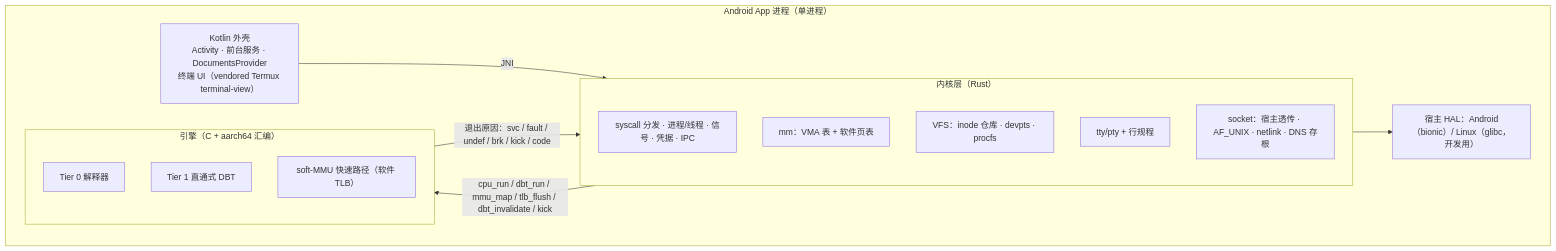
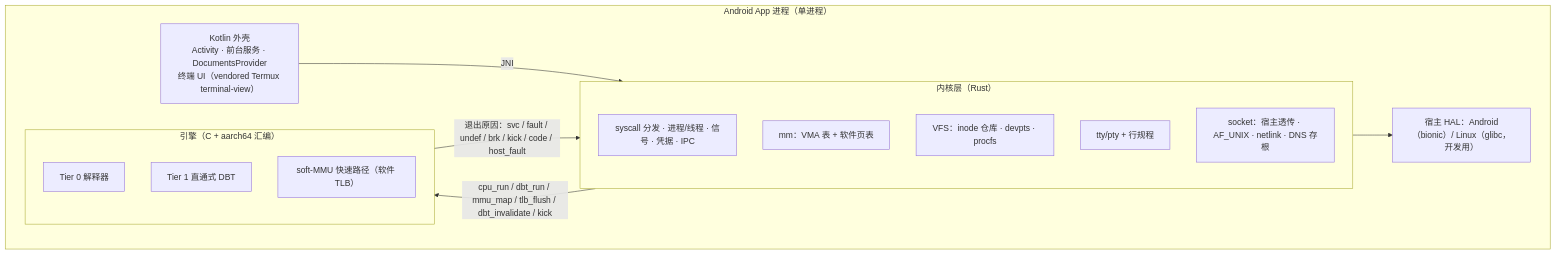
Before and after one commit to ferstar/appine: the diagram in docs/design.md, drawn with Mermaid. The commit also changed other lines of this file and 31 other files, not shown here.

````diff
--- a/docs/design.md
+++ b/docs/design.md
@@ -72,23 +72,23 @@
 ```mermaid
 flowchart TB
     subgraph APP["Android App 进程（单进程）"]
         UI["Kotlin 外壳<br/>Activity · 前台服务 · DocumentsProvider<br/>终端 UI（vendored Termux terminal-view）"]
         subgraph KERNEL["内核层（Rust）"]
             SYS["syscall 分发 · 进程/线程 · 信号 · 凭据 · IPC"]
             MM["mm：VMA 表 + 软件页表"]
             VFS["VFS：inode 仓库 · devpts · procfs"]
             TTY["tty/pty + 行规程"]
             NET["socket：宿主透传 · AF_UNIX · netlink · DNS 存根"]
         end
         subgraph ENGINE["引擎（C + aarch64 汇编）"]
             T0["Tier 0 解释器"]
             T1["Tier 1 直通式 DBT"]
             SMMU["soft-MMU 快速路径（软件 TLB）"]
         end
         HAL["宿主 HAL：Android（bionic）/ Linux（glibc，开发用）"]
     end
     UI -- JNI --> KERNEL
-    ENGINE -- "退出原因：svc / fault / undef / brk / kick / code" --> KERNEL
+    ENGINE -- "退出原因：svc / fault / undef / brk / kick / code / host_fault" --> KERNEL
     KERNEL -- "cpu_run / dbt_run / mmu_map / tlb_flush / dbt_invalidate / kick" --> ENGINE
     KERNEL --> HAL
 ```
````
